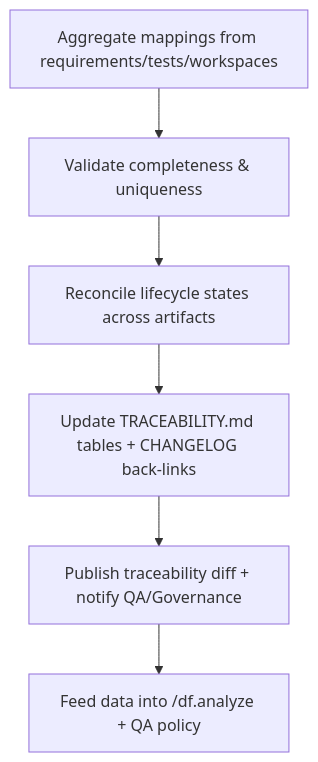
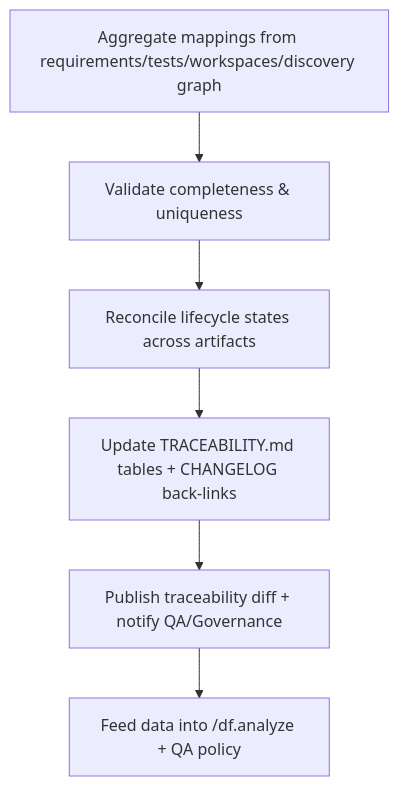
One commit to christaylor98/dynaforge.ai changed the diagram in docs/requirements/elaborations/FR-26_elaboration.md. Above: the diagram before and after it, drawn with Mermaid. The commit also changed other lines of this file and 129 other files, not shown here.

````diff
--- a/docs/requirements/elaborations/FR-26_elaboration.md
+++ b/docs/requirements/elaborations/FR-26_elaboration.md
@@ -34,8 +36,8 @@
 ```mermaid
 flowchart TD
-  A[Aggregate mappings from requirements/tests/workspaces] --> B[Validate completeness & uniqueness]
+  A[Aggregate mappings from requirements/tests/workspaces/discovery graph] --> B[Validate completeness & uniqueness]
   B --> C[Reconcile lifecycle states across artifacts]
   C --> D[Update TRACEABILITY.md tables + CHANGELOG back-links]
   D --> E[Publish traceability diff + notify QA/Governance]
   E --> F[Feed data into /df.analyze + QA policy]
 ```
````
